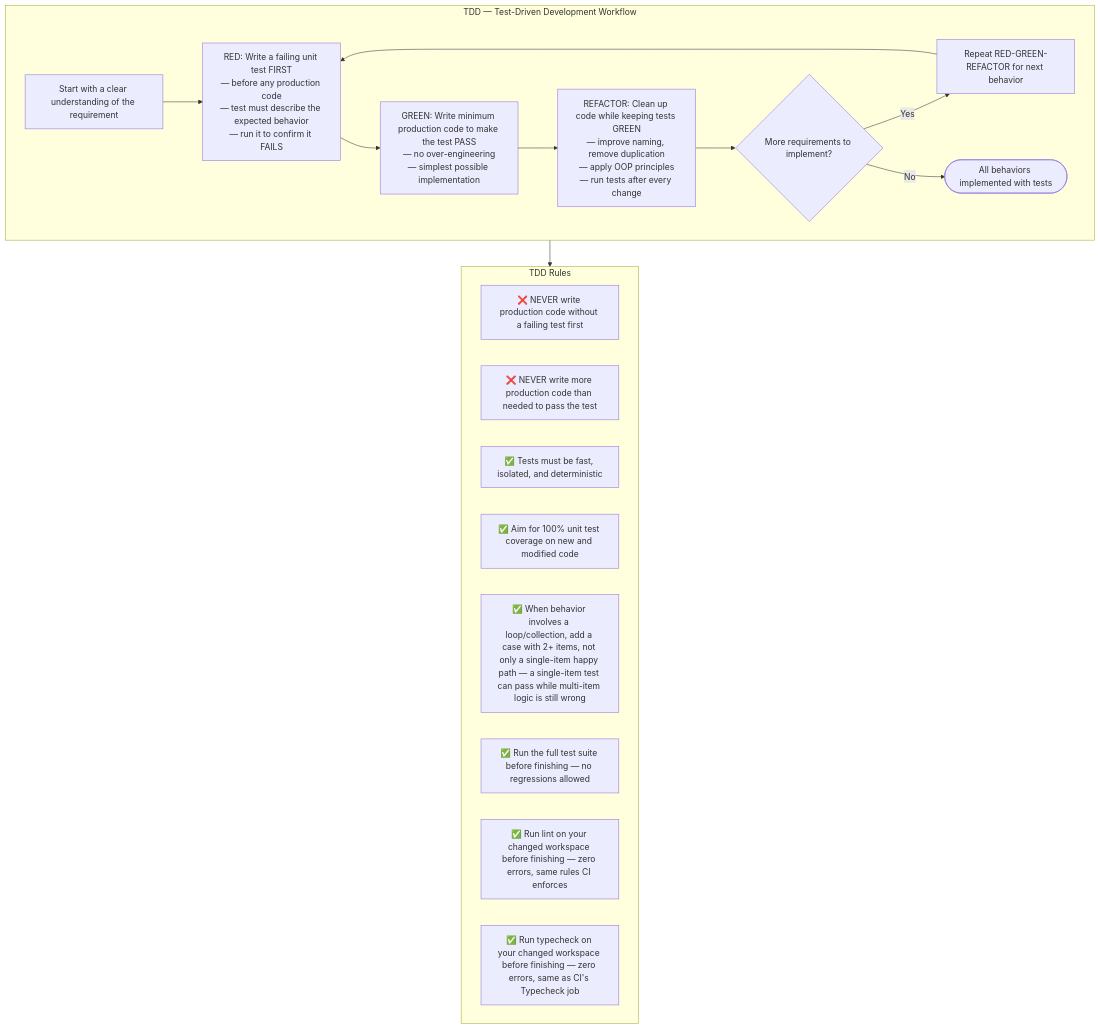
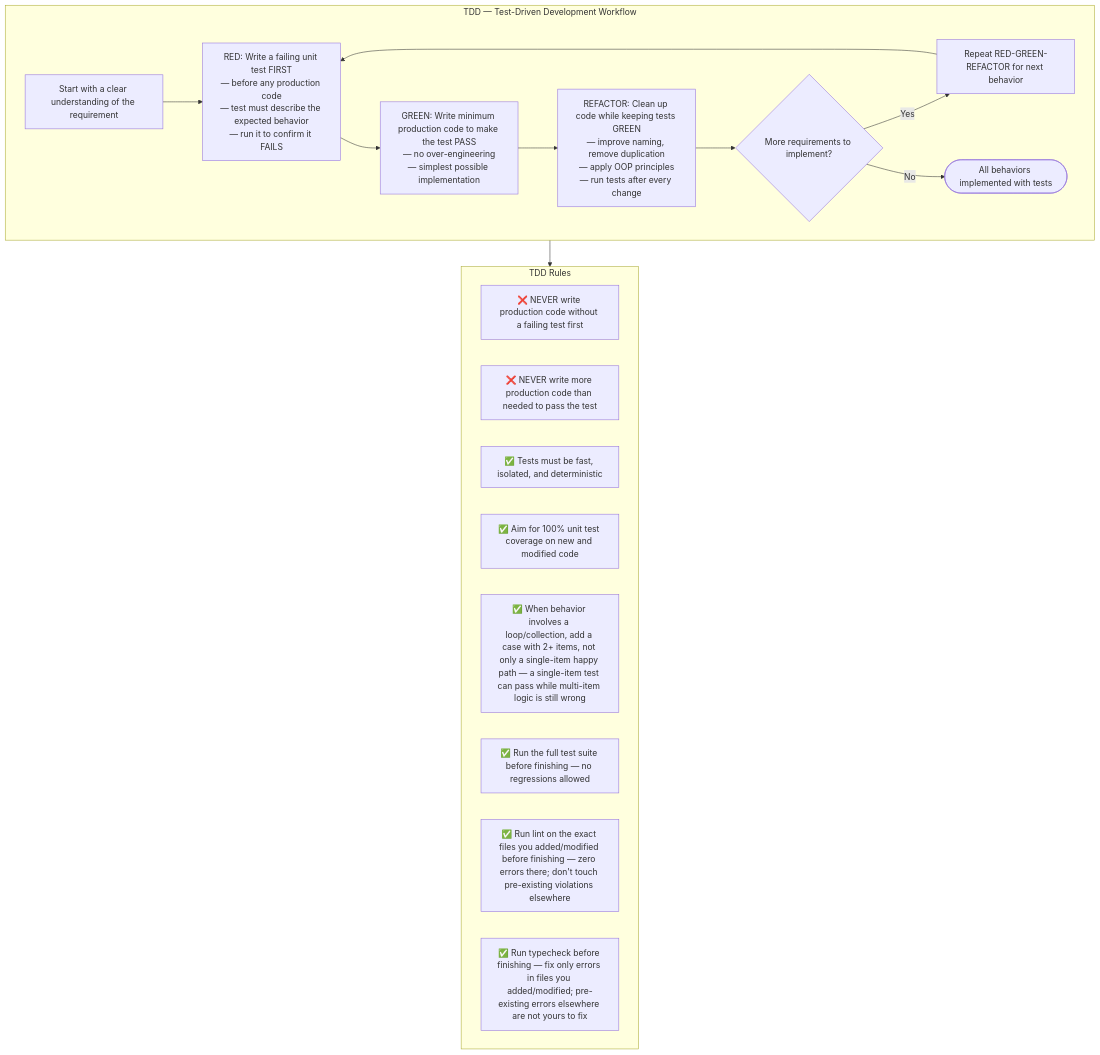
Before and after one commit to kejno/bonapp: the diagram in .dmtools/agents/instructions/story_development/tdd_approach.md, drawn with Mermaid. The commit also changed 1 other file, not shown here.

Commit message:
fix(dmtools): scope lint/typecheck fixes to changed files only
The lint/typecheck steps added in e785cd1/6c2af4a ran workspace-wide,
which would make the dev agent responsible for fixing unrelated
pre-existing violations it never touched. Scope lint to exactly the
new/modified files (eslint takes file args directly); typecheck has no
reliable single-file mode, so it still runs workspace-wide but the
agent now only fixes errors in files it added or changed.

````diff
--- a/.dmtools/agents/instructions/story_development/tdd_approach.md
+++ b/.dmtools/agents/instructions/story_development/tdd_approach.md
@@ -1,27 +1,27 @@
 ```mermaid
 flowchart TD
     subgraph TDD["TDD — Test-Driven Development Workflow"]
         T0["Start with a clear understanding of the requirement"]
         T1["RED: Write a failing unit test FIRST<br/>— before any production code<br/>— test must describe the expected behavior<br/>— run it to confirm it FAILS"]
         T2["GREEN: Write minimum production code to make the test PASS<br/>— no over-engineering<br/>— simplest possible implementation"]
         T3["REFACTOR: Clean up code while keeping tests GREEN<br/>— improve naming, remove duplication<br/>— apply OOP principles<br/>— run tests after every change"]
         T4{"More requirements to implement?"}
         T5["Repeat RED-GREEN-REFACTOR for next behavior"]
         T0 --> T1 --> T2 --> T3 --> T4
         T4 -->|Yes| T5 --> T1
         T4 -->|No| DONE([All behaviors implemented with tests])
     end
 
     subgraph RULES["TDD Rules"]
         R1["❌ NEVER write production code without a failing test first"]
         R2["❌ NEVER write more production code than needed to pass the test"]
         R3["✅ Tests must be fast, isolated, and deterministic"]
         R4["✅ Aim for 100% unit test coverage on new and modified code"]
         R5["✅ When behavior involves a loop/collection, add a case with 2+ items, not only a single-item happy path — a single-item test can pass while multi-item logic is still wrong"]
         R6["✅ Run the full test suite before finishing — no regressions allowed"]
-        R7["✅ Run lint on your changed workspace before finishing — zero errors, same rules CI enforces"]
-        R8["✅ Run typecheck on your changed workspace before finishing — zero errors, same as CI's Typecheck job"]
+        R7["✅ Run lint on the exact files you added/modified before finishing — zero errors there; don't touch pre-existing violations elsewhere"]
+        R8["✅ Run typecheck before finishing — fix only errors in files you added/modified; pre-existing errors elsewhere are not yours to fix"]
     end
 
     TDD --> RULES
 ```
````
